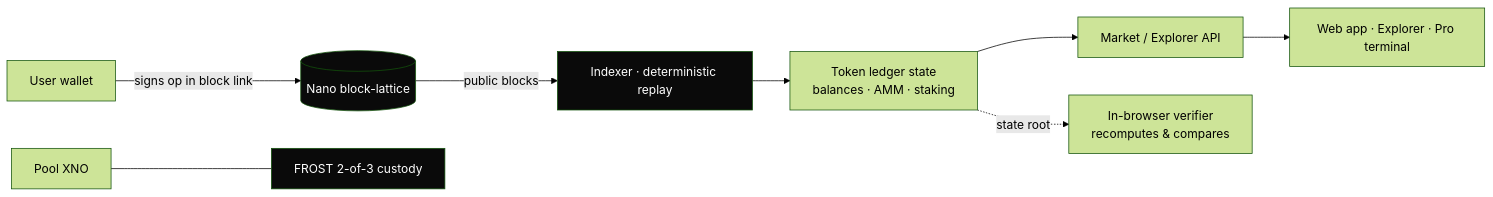
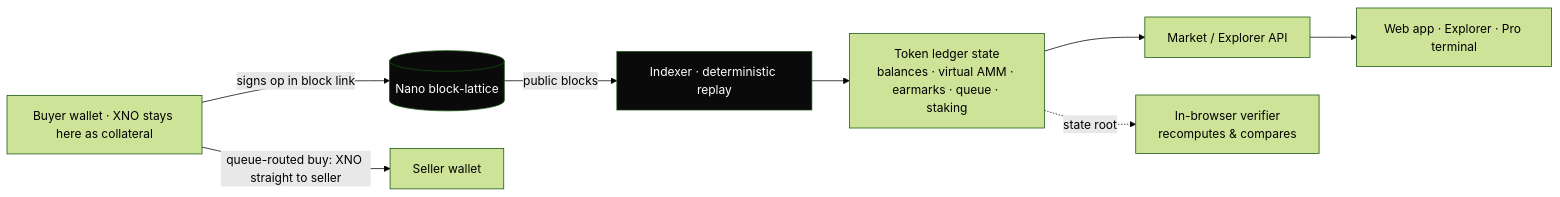
The diagram in README.md (dhyabi2/hodlgame), drawn with Mermaid (forest theme) before and after one commit. The commit also changed other lines of this file and 21 other files, not shown here.

````diff
--- a/README.md
+++ b/README.md
@@ -21,13 +25,12 @@
 ```mermaid
 flowchart LR
-    U[User wallet] -->|signs op in block link| N[(Nano block-lattice)]
+    U[Buyer wallet · XNO stays here as collateral] -->|signs op in block link| N[(Nano block-lattice)]
+    U -->|queue-routed buy: XNO straight to seller| SW[Seller wallet]
     N -->|public blocks| I[Indexer · deterministic replay]
-    I --> S[Token ledger state<br/>balances · AMM · staking]
+    I --> S[Token ledger state<br/>balances · virtual AMM · earmarks · queue · staking]
     S --> API[Market / Explorer API]
     API --> W[Web app · Explorer · Pro terminal]
     S -. state root .-> V[In-browser verifier<br/>recomputes & compares]
-    P[Pool XNO] --- F[FROST 2-of-3 custody]
     style N fill:#0a0a0a,color:#fff
     style I fill:#0a0a0a,color:#fff
-    style F fill:#0a0a0a,color:#fff
 ```
````
